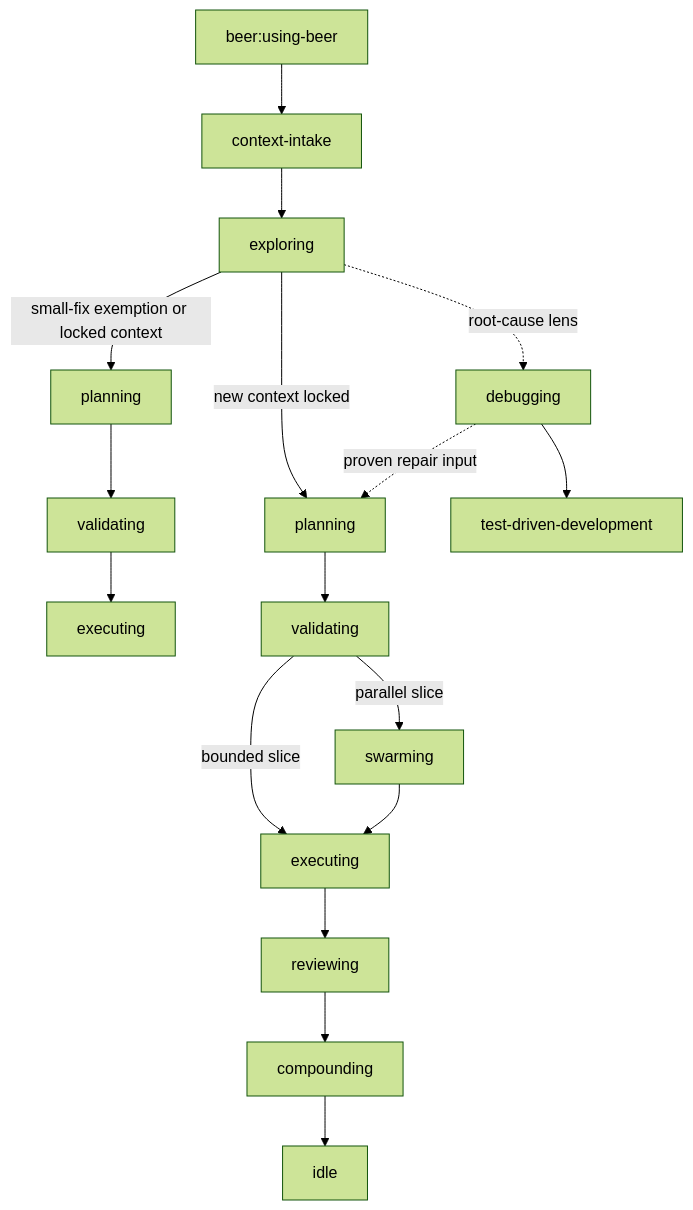
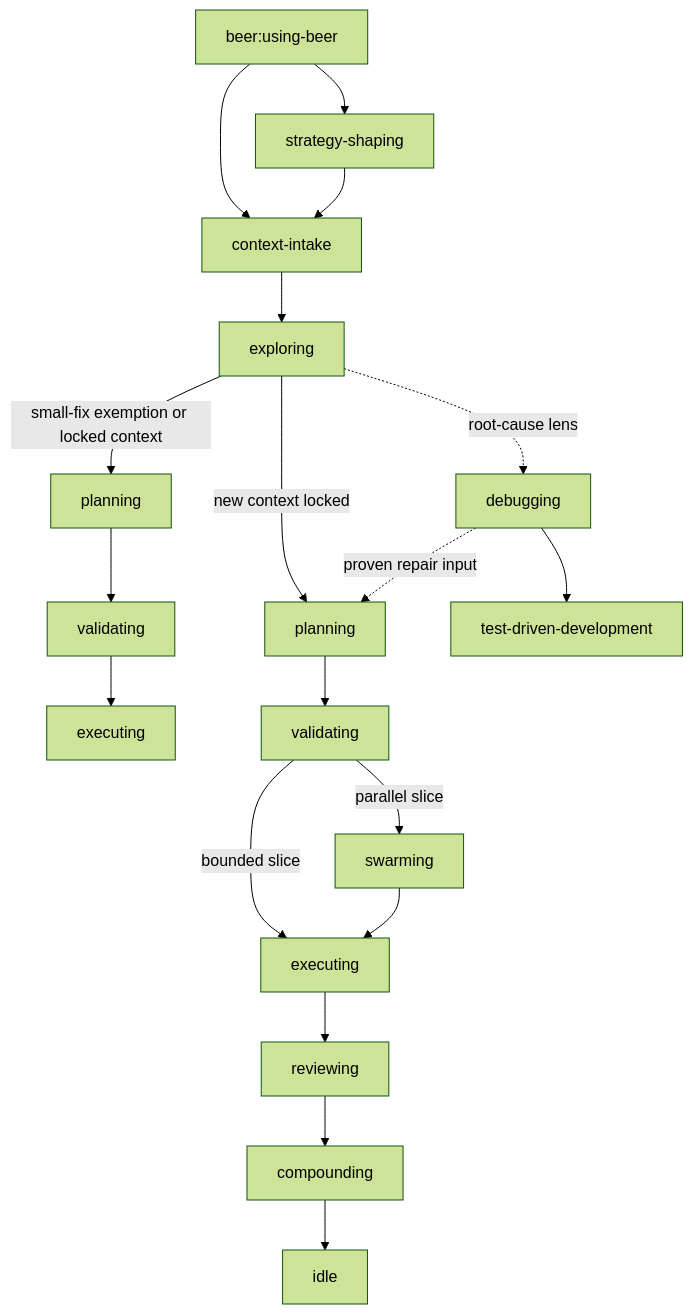
The diagram in README.md (Huy-04/beer-skills), drawn with Mermaid (forest theme) before and after one commit. The commit also changed other lines of this file and 15 other files, not shown here.

````diff
--- a/README.md
+++ b/README.md
@@ -111,20 +112,22 @@
 ```mermaid
 flowchart TD
     U[beer:using-beer] --> C[context-intake]
+    U --> ST[strategy-shaping]
+    ST --> C
     C --> X[exploring]
     X -->|small-fix exemption or locked context| P[planning]
     X -->|new context locked| P2[planning]
     P --> V[validating]
     V --> E[executing]
     P2 --> V2[validating]
     V2 -->|bounded slice| E2[executing]
     V2 -->|parallel slice| S[swarming]
     S --> E2
     E2 --> R[reviewing]
     R --> O[compounding]
     O --> I[idle]
 
     X -. root-cause lens .-> D[debugging]
     D --> T[test-driven-development]
     D -. proven repair input .-> P2
 ```
````
